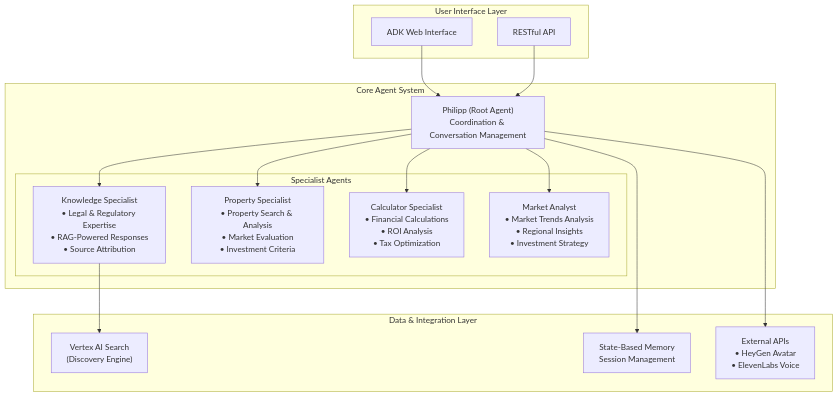
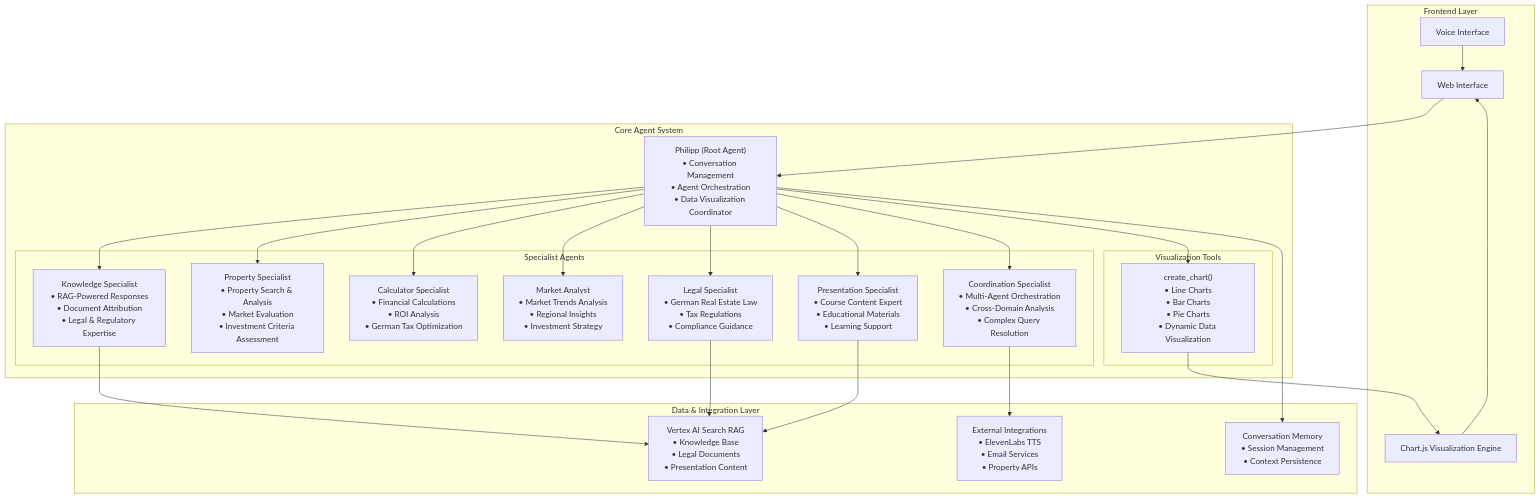
One commit to Qlefia/immoassist-agent changed the diagram in README.md. Above: the diagram before and after it, drawn with Mermaid. The commit also changed other lines of this file and 27 other files, not shown here.

Commit message:
feat: implement Chart.js data visualization system for LLM agents

````diff
--- a/README.md
+++ b/README.md
@@ -13,34 +13,50 @@
 ```mermaid
-graph TD
-    subgraph "User Interface Layer"
-        UI[ADK Web Interface]
-        API[RESTful API]
+graph TB
+    subgraph "Frontend Layer"
+        UI[Web Interface]
+        Chart[Chart.js Visualization Engine]
+        Voice[Voice Interface]
     end
 
     subgraph "Core Agent System"
-        Root["Philipp (Root Agent)<br/>Coordination & Conversation Management"]
+        Root["Philipp (Root Agent)<br/>• Conversation Management<br/>• Agent Orchestration<br/>• Data Visualization Coordinator"]
 
         subgraph "Specialist Agents"
-            Knowledge["Knowledge Specialist<br/>• Legal & Regulatory Expertise<br/>• RAG-Powered Responses<br/>• Source Attribution"]
-            Property["Property Specialist<br/>• Property Search & Analysis<br/>• Market Evaluation<br/>• Investment Criteria"]
-            Calculator["Calculator Specialist<br/>• Financial Calculations<br/>• ROI Analysis<br/>• Tax Optimization"]
+            Knowledge["Knowledge Specialist<br/>• RAG-Powered Responses<br/>• Document Attribution<br/>• Legal & Regulatory Expertise"]
+            Property["Property Specialist<br/>• Property Search & Analysis<br/>• Market Evaluation<br/>• Investment Criteria Assessment"]
+            Calculator["Calculator Specialist<br/>• Financial Calculations<br/>• ROI Analysis<br/>• German Tax Optimization"]
             Market["Market Analyst<br/>• Market Trends Analysis<br/>• Regional Insights<br/>• Investment Strategy"]
+            Legal["Legal Specialist<br/>• German Real Estate Law<br/>• Tax Regulations<br/>• Compliance Guidance"]
+            Presentation["Presentation Specialist<br/>• Course Content Expert<br/>• Educational Materials<br/>• Learning Support"]
+            Coordination["Coordination Specialist<br/>• Multi-Agent Orchestration<br/>• Cross-Domain Analysis<br/>• Complex Query Resolution"]
+        end
+
+        subgraph "Visualization Tools"
+            ChartTool["create_chart()<br/>• Line Charts<br/>• Bar Charts<br/>• Pie Charts<br/>• Dynamic Data Visualization"]
         end
     end
 
     subgraph "Data & Integration Layer"
-        Search["Vertex AI Search<br/>(Discovery Engine)"]
-        Memory["State-Based Memory<br/>Session Management"]
-        Integration["External APIs<br/>• HeyGen Avatar<br/>• ElevenLabs Voice"]
+        RAG["Vertex AI Search RAG<br/>• Knowledge Base<br/>• Legal Documents<br/>• Presentation Content"]
+        Memory["Conversation Memory<br/>• Session Management<br/>• Context Persistence"]
+        External["External Integrations<br/>• ElevenLabs TTS<br/>• Email Services<br/>• Property APIs"]
     end
 
     UI --> Root
-    API --> Root
+    Chart --> UI
+    Voice --> UI
     Root --> Knowledge
     Root --> Property
     Root --> Calculator
     Root --> Market
-    Knowledge --> Search
+    Root --> Legal
+    Root --> Presentation
+    Root --> Coordination
+    Root --> ChartTool
+    ChartTool --> Chart
+    Knowledge --> RAG
+    Legal --> RAG
+    Presentation --> RAG
     Root --> Memory
-    Root --> Integration
+    Coordination --> External
 ```
````
